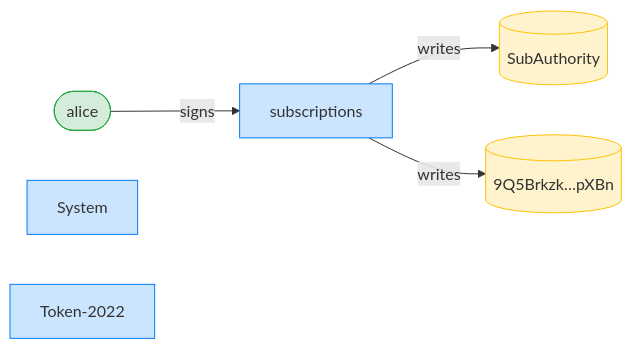
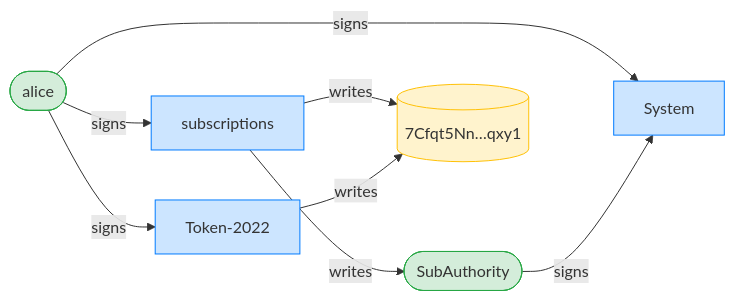
The third of 4 diagrams in dsl_tests/initialize-over-a-token-2022-mint---transferfeeconfig--.md (cds-rs/subscriptions), drawn with Mermaid before and after one commit. The commit also changed other lines of this file and 224 other files, not shown here.

````diff
--- a/dsl_tests/initialize-over-a-token-2022-mint---transferfeeconfig--.md
+++ b/dsl_tests/initialize-over-a-token-2022-mint---transferfeeconfig--.md
@@ -55,15 +56,19 @@
 ```mermaid
 flowchart LR
     classDef signer fill:#d4edda,stroke:#28a745;
     classDef program fill:#cce5ff,stroke:#007bff;
     classDef writable fill:#fff3cd,stroke:#ffc107;
     subscriptions[subscriptions]:::program
     alice([alice]):::signer
-    SubAuthority[(SubAuthority)]:::writable
-    9Q5Brkzk_pXBn[("9Q5Brkzk…pXBn")]:::writable
+    SubAuthority([SubAuthority]):::signer
+    7Cfqt5Nn_qxy1[("7Cfqt5Nn…qxy1")]:::writable
     System[System]:::program
     Token_2022["Token-2022"]:::program
     alice -->|signs| subscriptions
+    alice -->|signs| System
+    SubAuthority -->|signs| System
+    alice -->|signs| Token_2022
     subscriptions -->|writes| SubAuthority
-    subscriptions -->|writes| 9Q5Brkzk_pXBn
+    subscriptions -->|writes| 7Cfqt5Nn_qxy1
+    Token_2022 -->|writes| 7Cfqt5Nn_qxy1
 ```
````
